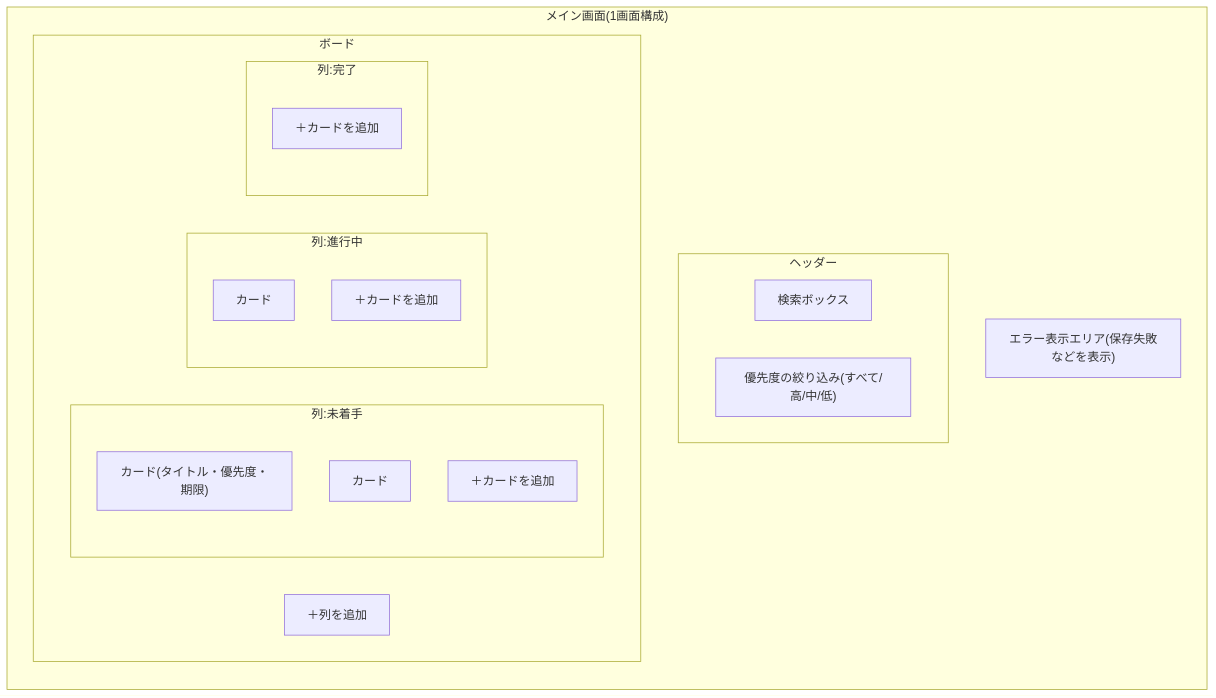
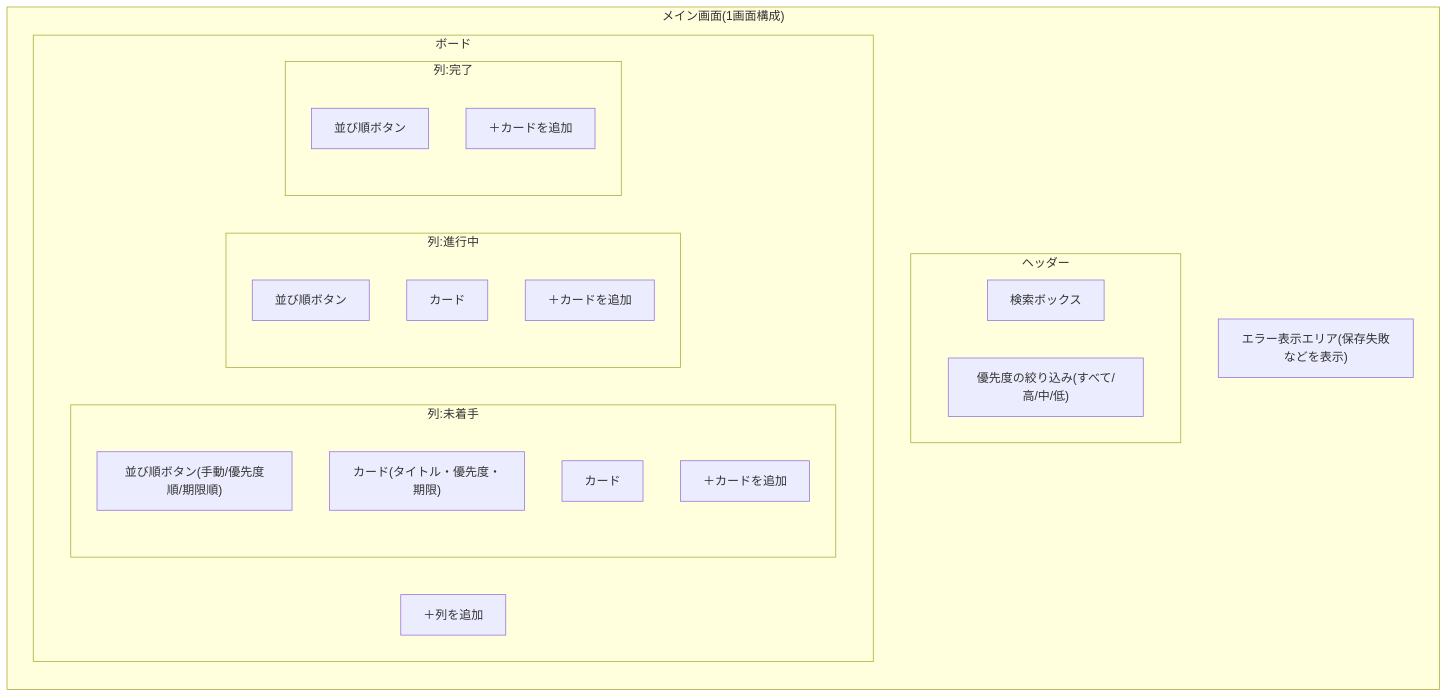
Before and after one commit to hmasu158648/TASKMANAGEMENT: the first of 3 diagrams in docs/requirements/screens.md, drawn with Mermaid. The commit also changed other lines of this file and 7 other files, not shown here.

````diff
--- a/docs/requirements/screens.md
+++ b/docs/requirements/screens.md
@@ -17,31 +17,34 @@
 ```mermaid
 flowchart TB
     subgraph PAGE["メイン画面(1画面構成)"]
         direction TB
         subgraph HEADER["ヘッダー"]
             direction LR
             H1["検索ボックス"]
             H2["優先度の絞り込み(すべて/高/中/低)"]
         end
         subgraph BOARD["ボード"]
             direction LR
             subgraph COL1["列:未着手"]
                 direction TB
+                S1["並び順ボタン(手動/優先度順/期限順)"]
                 C1["カード(タイトル・優先度・期限)"]
                 C2["カード"]
                 A1["＋カードを追加"]
             end
             subgraph COL2["列:進行中"]
                 direction TB
+                S2["並び順ボタン"]
                 C3["カード"]
                 A2["＋カードを追加"]
             end
             subgraph COL3["列:完了"]
                 direction TB
+                S3["並び順ボタン"]
                 A3["＋カードを追加"]
             end
             ADDCOL["＋列を追加"]
         end
         MSG["エラー表示エリア(保存失敗などを表示)"]
     end
 ```
````
